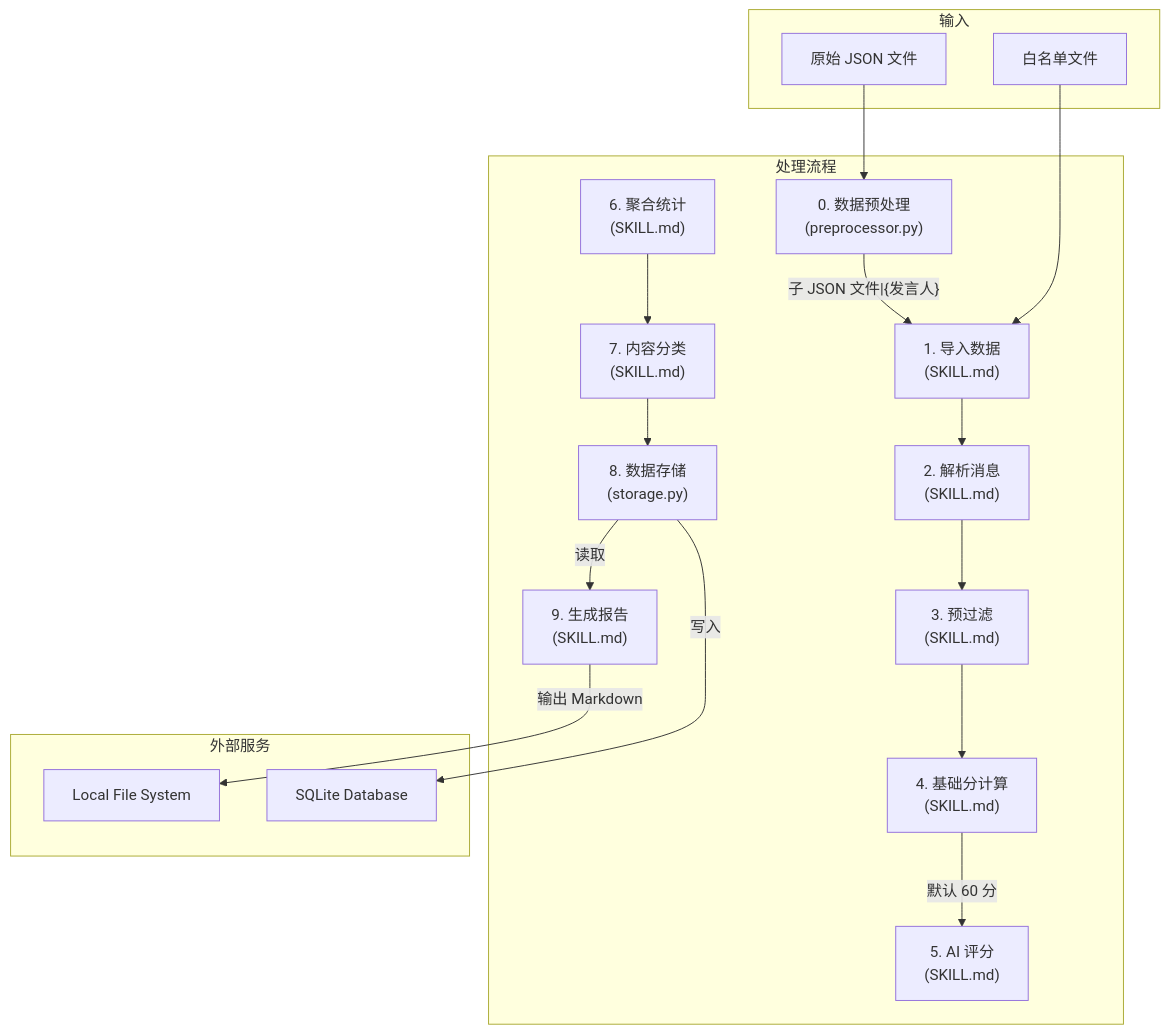
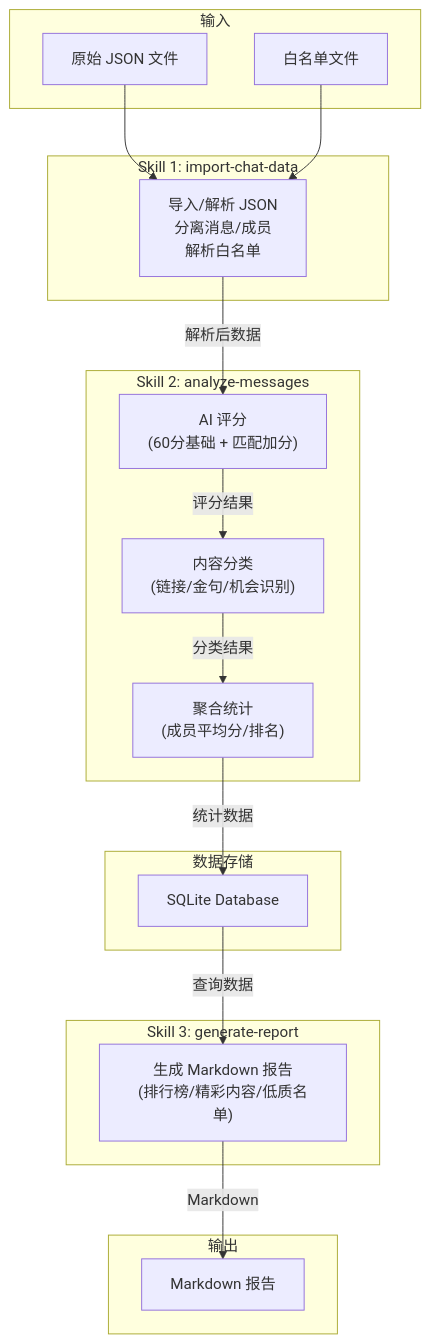
One commit to LibreAlchemy/WxGroupReport changed the third of 3 diagrams in docs/技术/系分/系分文档.md. Above: the diagram before and after it, drawn with Mermaid. The commit also changed other lines of this file, not shown here.

Commit message:
update docs: 系分文档 Updated mermaid flowchart to improve clarity of three-skill architecture with better layout and complete data flow visualization

````diff
--- a/docs/技术/系分/系分文档.md
+++ b/docs/技术/系分/系分文档.md
@@ -733,42 +733,38 @@
 ```mermaid
 flowchart TB
     subgraph Input["输入"]
         F["原始 JSON 文件"]
         W["白名单文件"]
     end
 
-    subgraph Process["处理流程"]
-        P["0. 数据预处理<br/>(preprocessor.py)"]
-        A["1. 导入数据<br/>(SKILL.md)"]
-        B["2. 解析消息<br/>(SKILL.md)"]
-        C["3. 预过滤<br/>(SKILL.md)"]
-        D["4. 基础分计算<br/>(SKILL.md)"]
-        E["5. AI 评分<br/>(SKILL.md)"]
-        F1["6. 聚合统计<br/>(SKILL.md)"]
-        G["7. 内容分类<br/>(SKILL.md)"]
-        H["8. 数据存储<br/>(storage.py)"]
-        I["9. 生成报告<br/>(SKILL.md)"]
+    subgraph "Skill 1: import-chat-data"
+        A["导入/解析 JSON<br/>分离消息/成员<br/>解析白名单"]
     end
 
-    subgraph External["外部服务"]
-        FS["Local File System"]
+    subgraph "Skill 2: analyze-messages"  
+        B["AI 评分<br/>(60分基础 + 匹配加分)"]
+        C["内容分类<br/>(链接/金句/机会识别)"]
+        D["聚合统计<br/>(成员平均分/排名)"]
+    end
+
+    subgraph "Skill 3: generate-report"
+        E["生成 Markdown 报告<br/>(排行榜/精彩内容/低质名单)"]
+    end
+
+    subgraph Storage["数据存储"]
         DB["SQLite Database"]
     end
 
-    F --> P
-    P -->|"子 JSON 文件|{发言人}"| A
+    subgraph Output["输出"]
+        M["Markdown 报告"]
+    end
+
+    F --> A
     W --> A
-    A --> B
-    B --> C
-
-    C --> D
-  
-    D -->|"默认 60 分"| E
-
-  
-    F1 --> G
-    G --> H
-    H -->|"写入"| DB
-    H -->|"读取"| I
-    I -->|"输出 Markdown"| FS
+    A -->|"解析后数据"| B
+    B -->|"评分结果"| C
+    C -->|"分类结果"| D
+    D -->|"统计数据"| DB
+    DB -->|"查询数据"| E
+    E -->|"Markdown"| M
 ```
````
